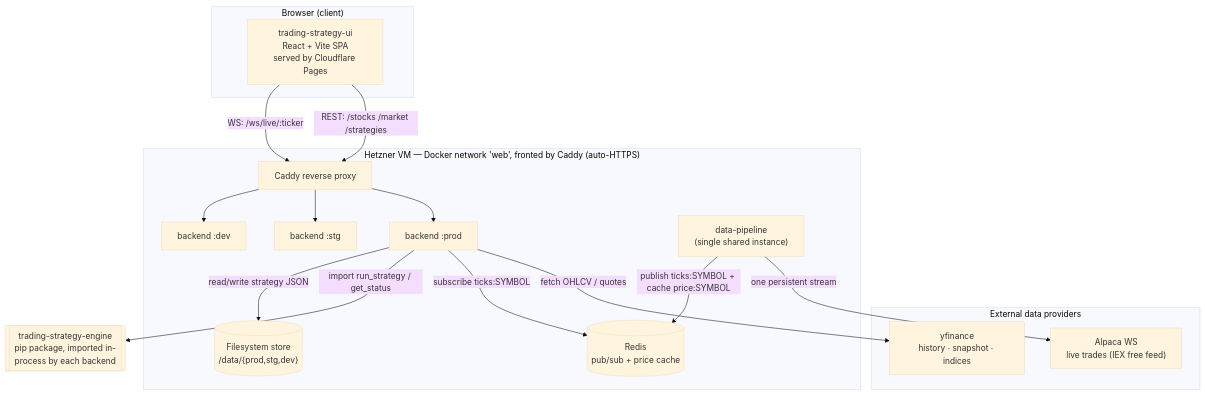
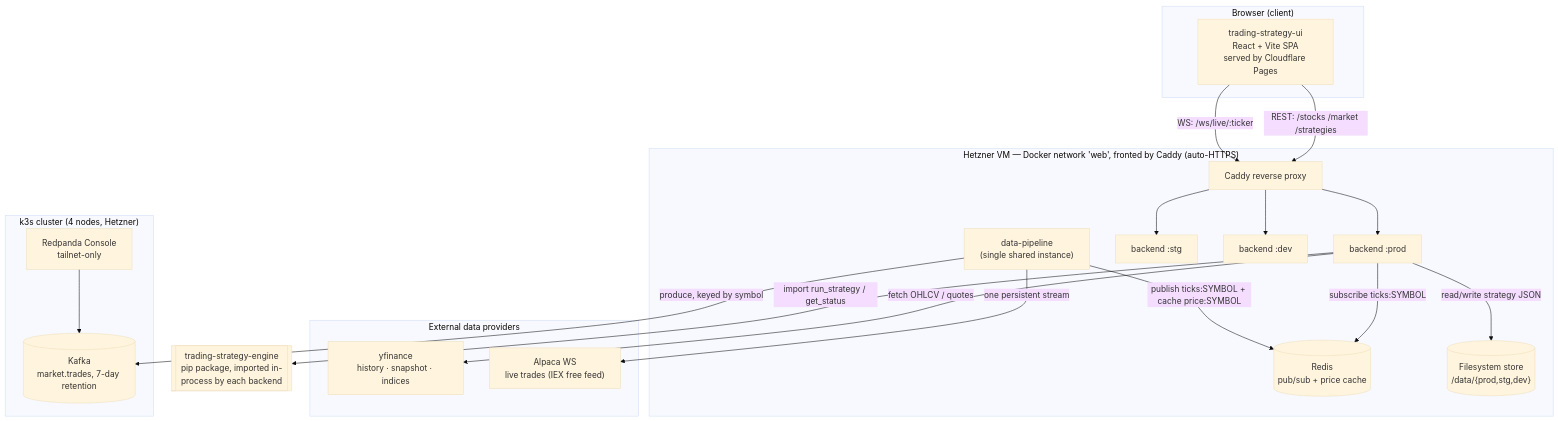
One commit to ZMZ-commits/trading-strategy-platform changed the diagram in docs/ARCHITECTURE.md. Above: the diagram before and after it, drawn with Mermaid (base theme). The commit also changed other lines of this file and 1 other file, not shown here.

First line of the commit message:
docs: record that ticks also go to Kafka, and let deploy.yml trigger itself

````diff
--- a/docs/ARCHITECTURE.md
+++ b/docs/ARCHITECTURE.md
@@ -41,37 +41,44 @@
 ```mermaid
 flowchart TB
   subgraph client["Browser (client)"]
     UI["trading-strategy-ui<br/>React + Vite SPA<br/>served by Cloudflare Pages"]
   end
 
   subgraph ext["External data providers"]
     YF["yfinance<br/>history · snapshot · indices"]
     ALP["Alpaca WS<br/>live trades (IEX free feed)"]
   end
 
   subgraph vm["Hetzner VM — Docker network 'web', fronted by Caddy (auto-HTTPS)"]
     CADDY["Caddy reverse proxy"]
     BEP["backend :prod"]
     BES["backend :stg"]
     BED["backend :dev"]
     PIPE["data-pipeline<br/>(single shared instance)"]
     REDIS[("Redis<br/>pub/sub + price cache")]
     STORE[("Filesystem store<br/>/data/{prod,stg,dev}")]
   end
 
   ENG[["trading-strategy-engine<br/>pip package, imported in-process by each backend"]]
 
   UI -- "REST: /stocks /market /strategies" --> CADDY
   UI -- "WS: /ws/live/:ticker" --> CADDY
   CADDY --> BEP
   CADDY --> BES
   CADDY --> BED
 
   BEP -- "fetch OHLCV / quotes" --> YF
   BEP -- "subscribe ticks:SYMBOL" --> REDIS
   BEP -- "import run_strategy / get_status" --> ENG
   BEP -- "read/write strategy JSON" --> STORE
 
   PIPE -- "one persistent stream" --> ALP
   PIPE -- "publish ticks:SYMBOL + cache price:SYMBOL" --> REDIS
+  PIPE -- "produce, keyed by symbol" --> KAFKA
+
+  subgraph K8S["k3s cluster (4 nodes, Hetzner)"]
+    KAFKA[("Kafka<br/>market.trades, 7-day retention")]
+    KUI["Redpanda Console<br/>tailnet-only"]
+  end
+  KUI --> KAFKA
 ```
````
